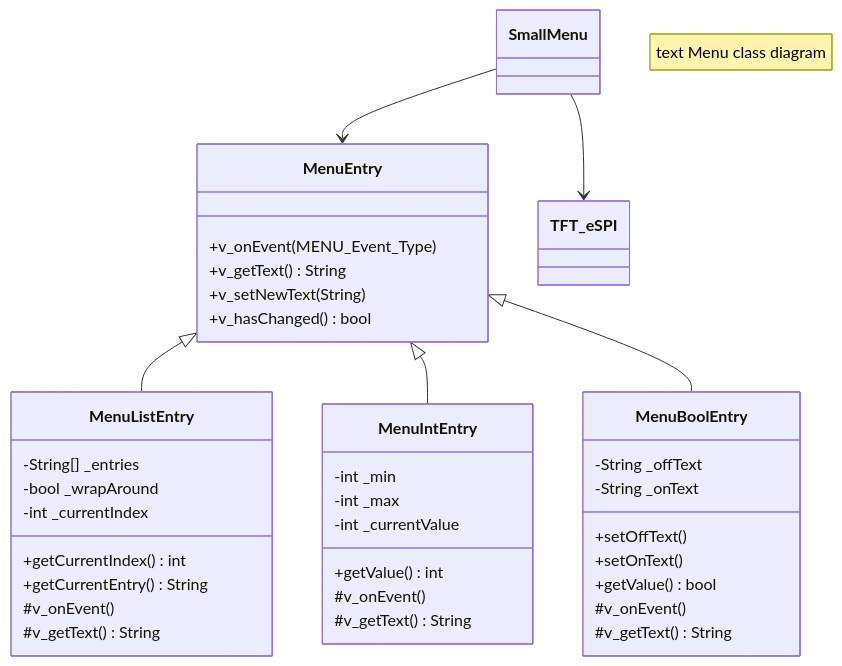
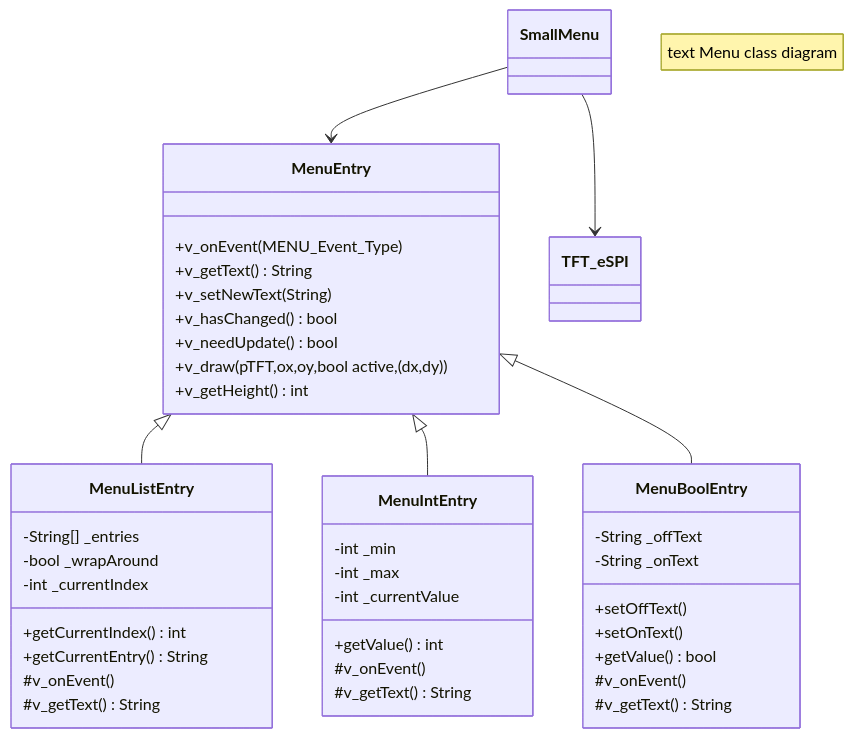
One commit to MonkeyCodeMen/ULC-Pico-C-Code changed the diagram in lib/SmallMenu/Readme.md. Above: the diagram before and after it, drawn with Mermaid. The commit also changed other lines of this file and 3 other files, not shown here.

```diff
--- a/lib/SmallMenu/Readme.md
+++ b/lib/SmallMenu/Readme.md
@@ -1,52 +18,57 @@
 :::mermaid
 classDiagram
     note "text Menu class diagram"
     MenuEntry <|-- MenuListEntry
     MenuEntry <|-- MenuIntEntry
     MenuEntry <|-- MenuBoolEntry
     SmallMenu --> MenuEntry
     SmallMenu --> TFT_eSPI
 
 
     class MenuEntry{
         +v_onEvent(MENU_Event_Type)
         +v_getText() String
         +v_setNewText(String)
         +v_hasChanged() bool
+        +v_needUpdate() bool
+        +v_draw(pTFT,ox,oy,bool active,(dx,dy))
+        +v_getHeight() int
+
+
     }
 
     class MenuIntEntry{
         -int _min
         -int _max
         -int _currentValue
 
         +getValue() int
 
         #v_onEvent()
         #v_getText() String
     }
 
     class MenuBoolEntry{
         -String _offText
         -String _onText
 
         +setOffText()
         +setOnText()
         +getValue() bool
 
         #v_onEvent()
         #v_getText() String
     }
 
     class MenuListEntry{
         -String[] _entries
         -bool     _wrapAround
         -int      _currentIndex
 
         +getCurrentIndex() int
         +getCurrentEntry() String
         
         #v_onEvent()
         #v_getText() String
     }
 :::
```
